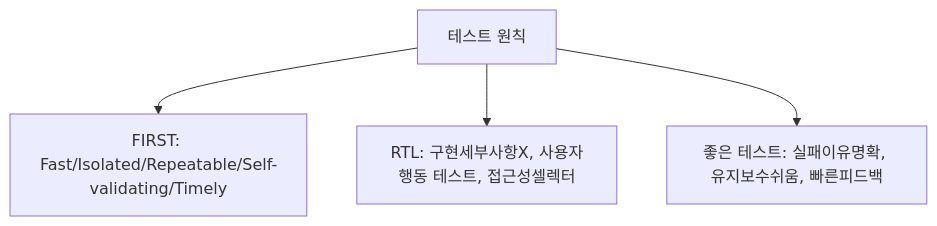
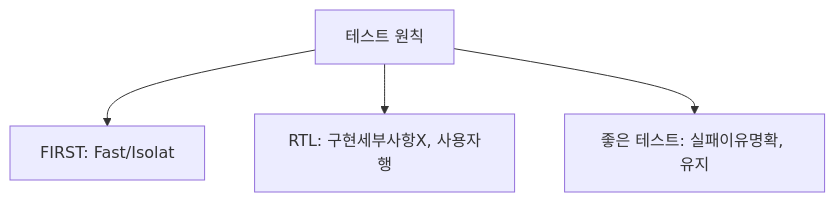
The second of 3 diagrams in _posts/frontend/2026-05-02-frontend-testing.md (yjkim2015/yjkim2015.github.io), drawn with Mermaid before and after one commit. The commit also changed other lines of this file and 271 other files, not shown here.

First line of the commit message:
Mermaid 라벨 축소: 긴 노드 텍스트 18자 이하로 트림 + \n 제거

````diff
--- a/_posts/frontend/2026-05-02-frontend-testing.md
+++ b/_posts/frontend/2026-05-02-frontend-testing.md
@@ -362,7 +362,7 @@
 ```mermaid
 graph TD
     ROOT["테스트 원칙"]
-    ROOT --> FIRST["FIRST: Fast/Isolated/Repeatable/Self-validating/Timely"]
-    ROOT --> RTL["RTL: 구현세부사항X, 사용자행동 테스트, 접근성셀렉터"]
-    ROOT --> GOOD["좋은 테스트: 실패이유명확, 유지보수쉬움, 빠른피드백"]
+    ROOT --> FIRST["FIRST: Fast/Isolat"]
+    ROOT --> RTL["RTL: 구현세부사항X, 사용자행"]
+    ROOT --> GOOD["좋은 테스트: 실패이유명확, 유지"]
 ```
````
